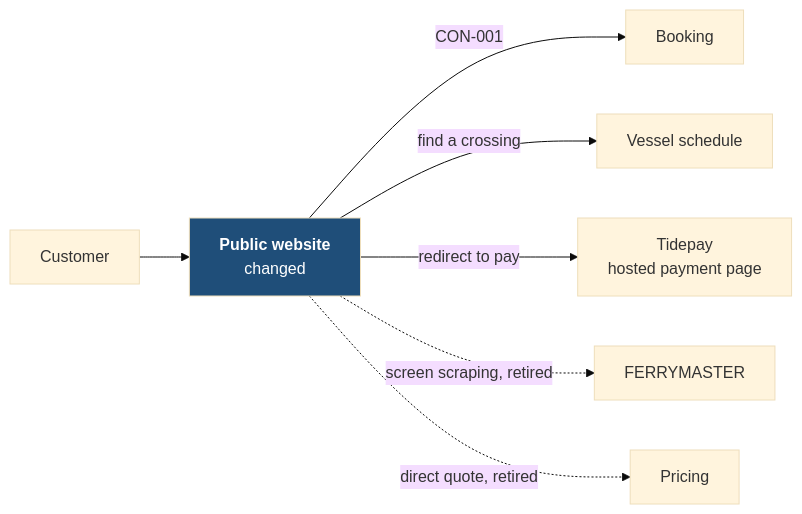
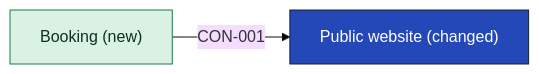
One commit to smalls257/vela changed the first of 2 diagrams in examples/unified-booking/05-building-blocks/website-building-blocks.md. Above: the diagram before and after it, drawn with Mermaid (base theme). The commit also changed other lines of this file and 21 other files, not shown here.

First line of the commit message:
Draw context, system and app diagrams from the contracts

````diff
--- a/examples/unified-booking/05-building-blocks/website-building-blocks.md
+++ b/examples/unified-booking/05-building-blocks/website-building-blocks.md
@@ -30,18 +31,10 @@
 ```mermaid
 flowchart LR
-  cust["Customer"]
-  web["<b>Public website</b><br/>changed"]
-  bk["Booking"]
-  vs["Vessel schedule"]
-  tp["Tidepay<br/>hosted payment page"]
-  fm["FERRYMASTER"]
-  pr["Pricing"]
-  cust --> web
-  web -->|"CON-001"| bk
-  web -->|"find a crossing"| vs
-  web -->|"redirect to pay"| tp
-  web -.->|"screen scraping, retired"| fm
-  web -.->|"direct quote, retired"| pr
-  classDef focus fill:#1f4e79,color:#fff
-  class web focus
+  n_APP_booking["Booking (new)"]
+  n_APP_website["Public website (changed)"]
+  n_APP_booking -->|"CON-001"| n_APP_website
+  classDef focus fill:#2448b8,stroke:#19212d,color:#ffffff
+  classDef new fill:#d9f2e3,stroke:#1e7a46,color:#10301d
+  class n_APP_website focus
+  class n_APP_booking new
 ```
````
